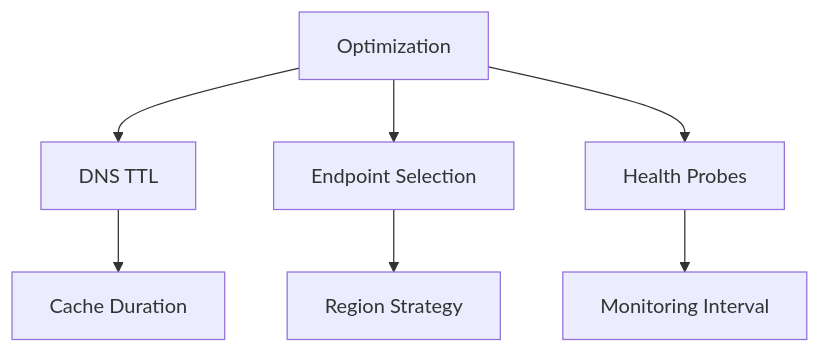
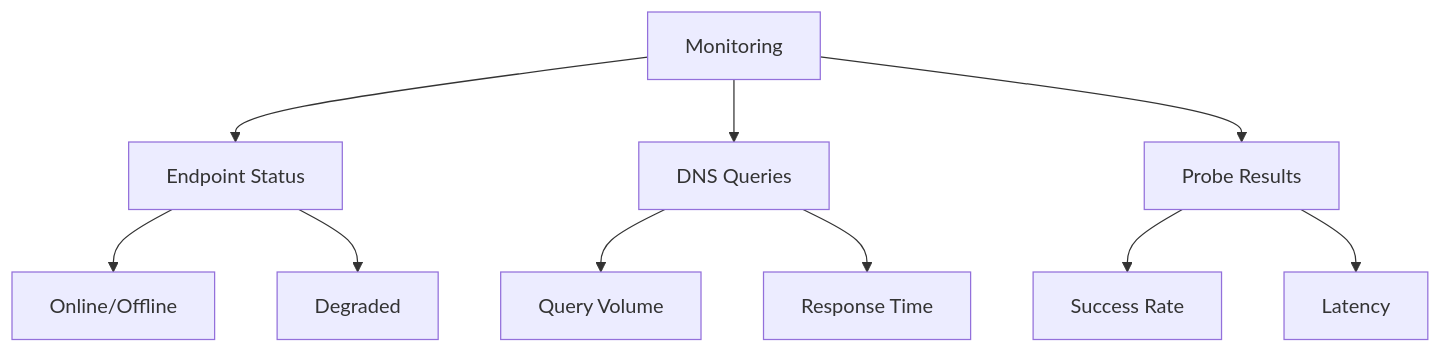
The tenth of 14 diagrams in src/azure/az-104/Traffic_Manager.md (saravanakumarrc/Architecture_Journey), drawn with Mermaid before and after one commit. The commit also changed other lines of this file and 6 other files, not shown here.

````diff
--- a/src/azure/az-104/Traffic_Manager.md
+++ b/src/azure/az-104/Traffic_Manager.md
@@ -174,10 +167,15 @@
 ```mermaid
 graph TB
-    A[Optimization] --> B[DNS TTL]
-    A --> C[Endpoint Selection]
-    A --> D[Health Probes]
+    A[Monitoring] --> B[Endpoint Status]
+    A --> C[DNS Queries]
+    A --> D[Probe Results]
     
-    B --> E[Cache Duration]
-    C --> F[Region Strategy]
-    D --> G[Monitoring Interval]
+    B --> E[Online/Offline]
+    B --> F[Degraded]
+    
+    C --> G[Query Volume]
+    C --> H[Response Time]
+    
+    D --> I[Success Rate]
+    D --> J[Latency]
 ```
````
